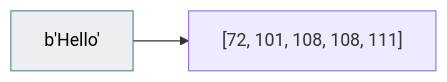
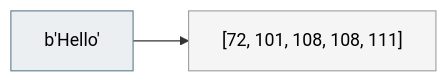
The third of 4 diagrams in 02_Data_Types_and_Operators/README.md (AyushSingh360/my-python-notebook), drawn with Mermaid before and after one commit. The commit also changed other lines of this file and 2 other files, not shown here.

````diff
--- a/02_Data_Types_and_Operators/README.md
+++ b/02_Data_Types_and_Operators/README.md
@@ -83,5 +86,6 @@
 ```mermaid
 graph LR
     B["b'Hello'"] --> H["[72, 101, 108, 108, 111]"]
     style B fill:#eceff1,stroke:#607d8b,color:#000
+    style H fill:#f5f5f5,stroke:#9e9e9e,color:#000
 ```
````
